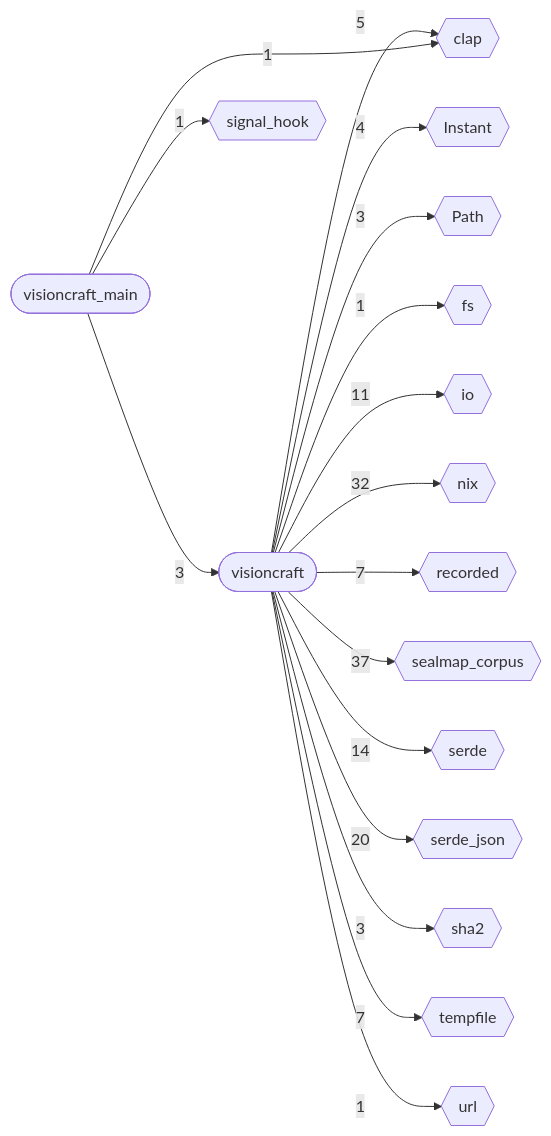
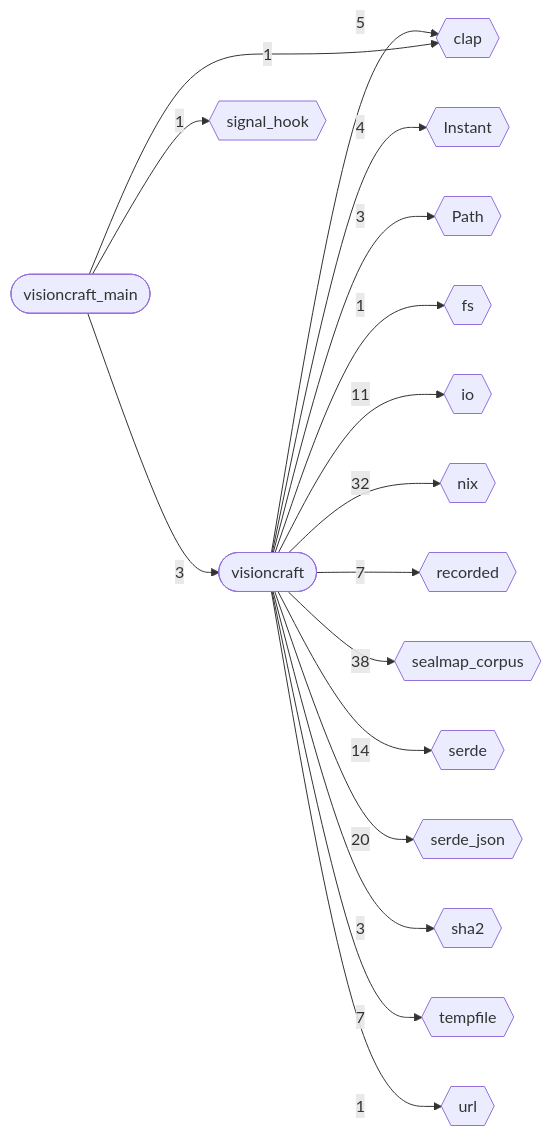
One commit to DreamLab-AI/visioncraft changed the first of 3 diagrams in docs/diagrams/generated/_overview.md. Above: the diagram before and after it, drawn with Mermaid. The commit also changed other lines of this file and 4 other files, not shown here.

````diff
--- a/docs/diagrams/generated/_overview.md
+++ b/docs/diagrams/generated/_overview.md
@@ -10,35 +10,35 @@
 ```mermaid
 flowchart LR
   visioncraft(["visioncraft"])
   visioncraft_main(["visioncraft_main"])
   Instant{{"Instant"}}
   Path{{"Path"}}
   clap{{"clap"}}
   fs{{"fs"}}
   io{{"io"}}
   nix{{"nix"}}
   recorded{{"recorded"}}
   sealmap_corpus{{"sealmap_corpus"}}
   serde{{"serde"}}
   serde_json{{"serde_json"}}
   sha2{{"sha2"}}
   signal_hook{{"signal_hook"}}
   tempfile{{"tempfile"}}
   url{{"url"}}
   visioncraft -->|"4"| Instant
   visioncraft -->|"3"| Path
   visioncraft -->|"5"| clap
   visioncraft -->|"1"| fs
   visioncraft -->|"11"| io
   visioncraft -->|"32"| nix
   visioncraft -->|"7"| recorded
-  visioncraft -->|"37"| sealmap_corpus
+  visioncraft -->|"38"| sealmap_corpus
   visioncraft -->|"14"| serde
   visioncraft -->|"20"| serde_json
   visioncraft -->|"3"| sha2
   visioncraft -->|"7"| tempfile
   visioncraft -->|"1"| url
   visioncraft_main -->|"1"| clap
   visioncraft_main -->|"1"| signal_hook
   visioncraft_main -->|"3"| visioncraft
 ```
````
